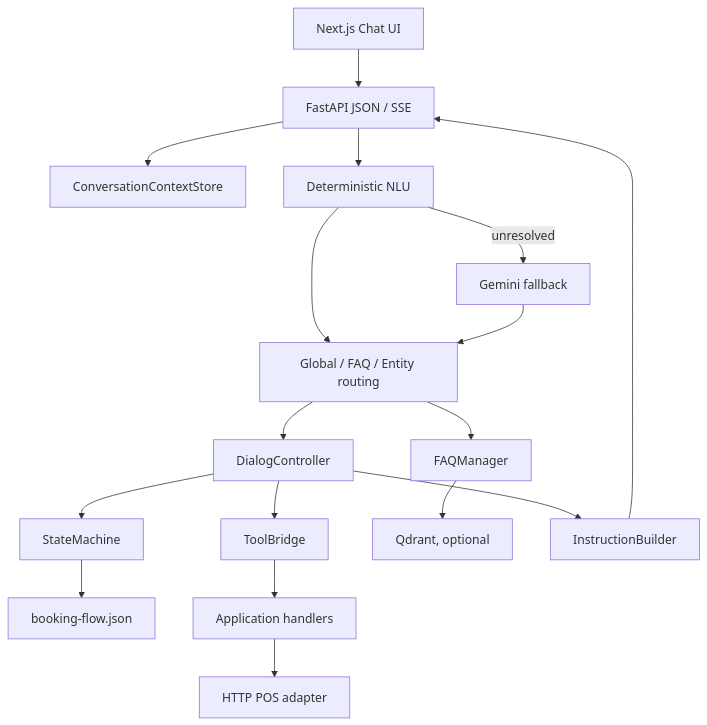
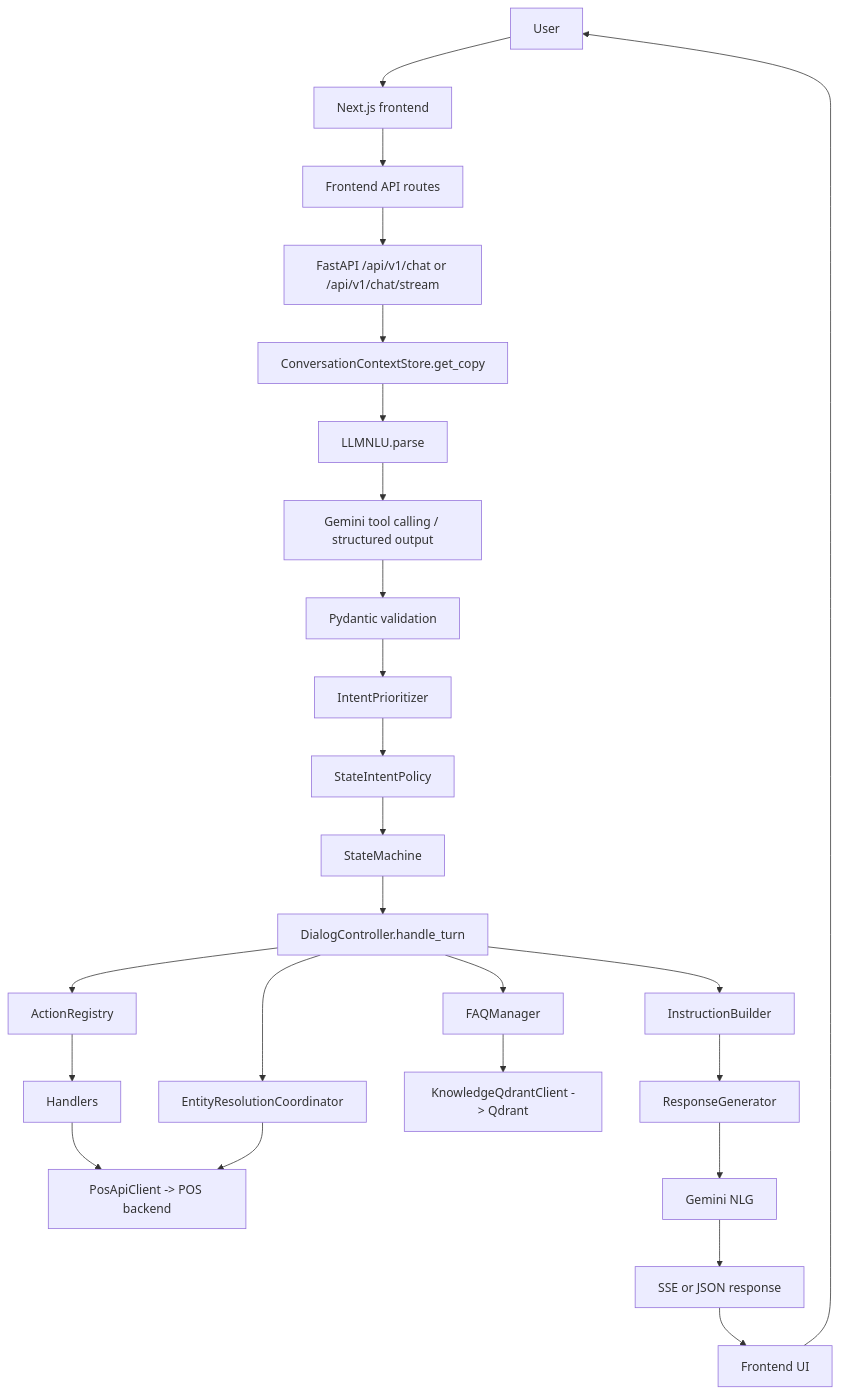
Before and after one commit to duy-debug/booking-AI-system: the diagram in booking-ai-chatbot/README.md, drawn with Mermaid. The commit also changed other lines of this file, not shown here.

Commit message:
feat: update README to reflect current booking flow and architecture changes

````diff
--- a/booking-ai-chatbot/README.md
+++ b/booking-ai-chatbot/README.md
@@ -192,19 +24,27 @@
 ```mermaid
-flowchart TB
-  UI[Next.js Chat UI] --> API[FastAPI JSON / SSE]
-  API --> CTX[ConversationContextStore]
-  API --> NLU[Deterministic NLU]
-  NLU -->|unresolved| LLM[Gemini fallback]
-  NLU --> ROUTE[Global / FAQ / Entity routing]
-  LLM --> ROUTE
-  ROUTE --> DC[DialogController]
-  DC --> SM[StateMachine]
-  SM --> FLOW[booking-flow.json]
-  DC --> TB[ToolBridge]
-  TB --> HANDLERS[Application handlers]
-  HANDLERS --> POS[HTTP POS adapter]
-  ROUTE --> FAQ[FAQManager]
-  FAQ --> QDRANT[Qdrant, optional]
-  DC --> RENDER[InstructionBuilder]
-  RENDER --> API
+flowchart TD
+  U[User] --> FE[Next.js frontend]
+  FE --> FAPI[Frontend API routes]
+  FAPI --> BAPI[FastAPI /api/v1/chat or /api/v1/chat/stream]
+  BAPI --> CTX[ConversationContextStore.get_copy]
+  CTX --> NLU[LLMNLU.parse]
+  NLU --> FC[Gemini tool calling / structured output]
+  FC --> PV[Pydantic validation]
+  PV --> IP[IntentPrioritizer]
+  IP --> POL[StateIntentPolicy]
+  POL --> SM[StateMachine]
+  SM --> DC[DialogController.handle_turn]
+  DC --> AR[ActionRegistry]
+  AR --> H[Handlers]
+  H --> POS[PosApiClient -> POS backend]
+  DC --> ER[EntityResolutionCoordinator]
+  ER --> POS
+  DC --> FAQ[FAQManager]
+  FAQ --> QD[KnowledgeQdrantClient -> Qdrant]
+  DC --> IB[InstructionBuilder]
+  IB --> RG[ResponseGenerator]
+  RG --> LLMNLG[Gemini NLG]
+  LLMNLG --> SSE[SSE or JSON response]
+  SSE --> FE2[Frontend UI]
+  FE2 --> U
 ```
````
